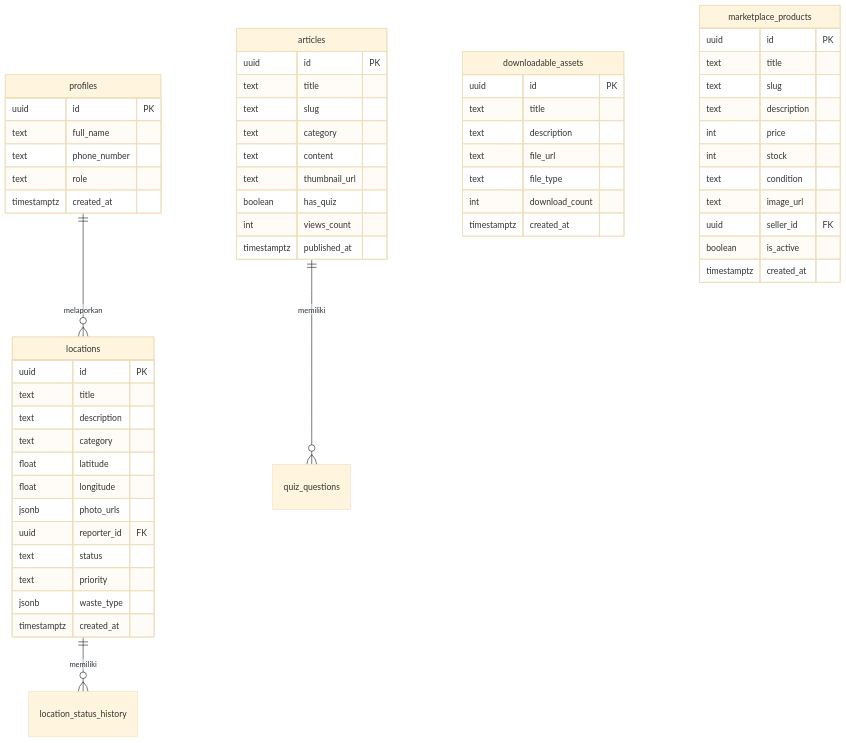
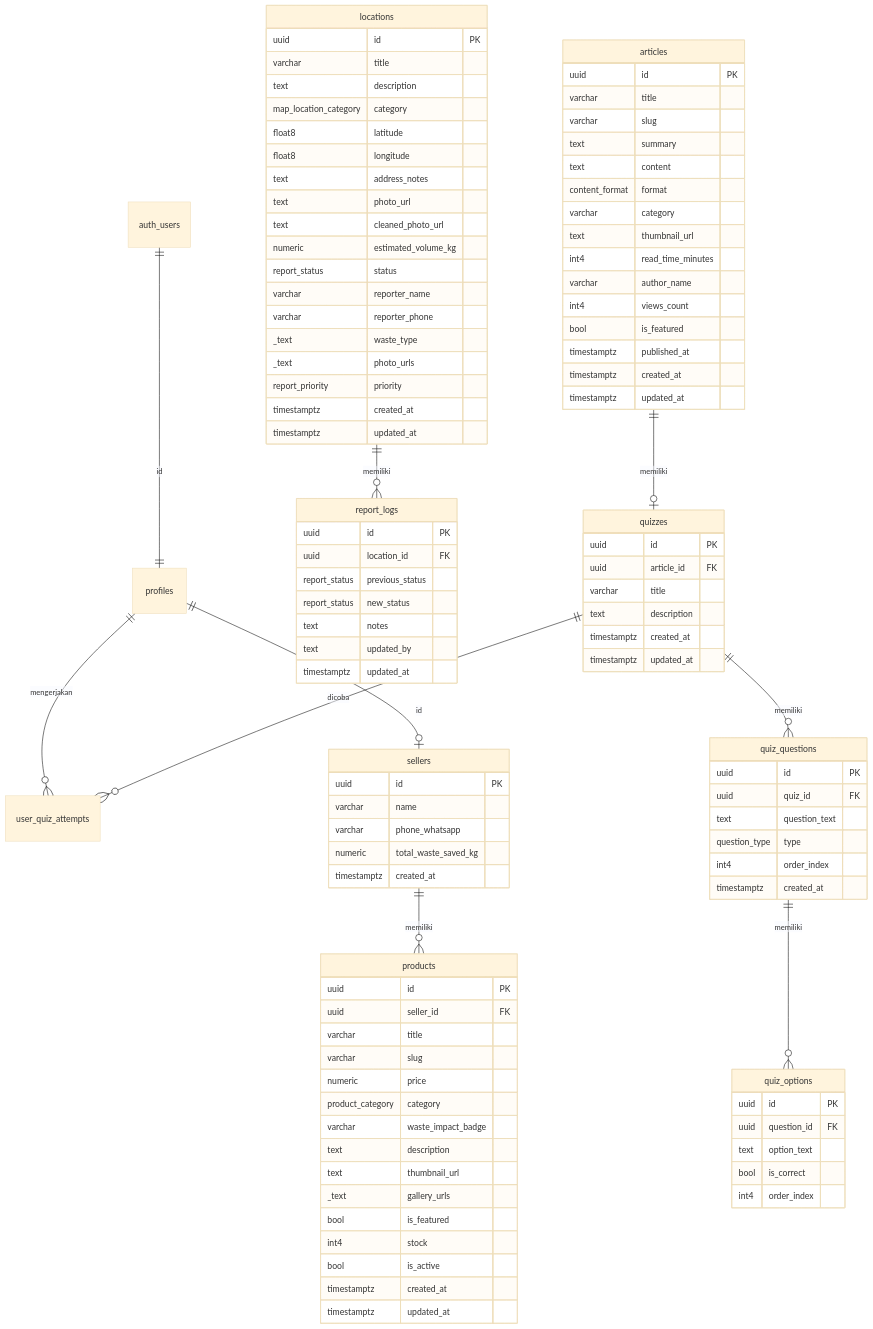
One commit to MahvOS/recoverykita changed the second of 2 diagrams in README.md. Above: the diagram before and after it, drawn with Mermaid (base theme).

Commit message:
changed readme.md (again)

````diff
--- a/README.md
+++ b/README.md
@@ -199,60 +199,114 @@
 ```mermaid
 erDiagram
-    profiles ||--o{ locations : "melaporkan"
-    locations ||--o{ location_status_history : "memiliki"
+    auth_users ||--|| profiles : "id"
+    profiles ||--o{ user_quiz_attempts : "mengerjakan"
+    sellers ||--o{ products : "memiliki"
+    profiles ||--o| sellers : "id"
+    locations ||--o{ report_logs : "memiliki"
+
+    articles ||--o| quizzes : "memiliki"
+    quizzes ||--o{ quiz_questions : "memiliki"
+    quiz_questions ||--o{ quiz_options : "memiliki"
+    quizzes ||--o{ user_quiz_attempts : "dicoba"
+
     locations {
         uuid id PK
-        text title
+        varchar title
         text description
-        text category
-        float latitude
-        float longitude
-        jsonb photo_urls
-        uuid reporter_id FK
-        text status
-        text priority
-        jsonb waste_type
+        map_location_category category
+        float8 latitude
+        float8 longitude
+        text address_notes
+        text photo_url
+        text cleaned_photo_url
+        numeric estimated_volume_kg
+        report_status status
+        varchar reporter_name
+        varchar reporter_phone
+        _text waste_type
+        _text photo_urls
+        report_priority priority
+        timestamptz created_at
+        timestamptz updated_at
+    }
+
+    report_logs {
+        uuid id PK
+        uuid location_id FK
+        report_status previous_status
+        report_status new_status
+        text notes
+        text updated_by
+        timestamptz updated_at
+    }
+
+    articles {
+        uuid id PK
+        varchar title
+        varchar slug
+        text summary
+        text content
+        content_format format
+        varchar category
+        text thumbnail_url
+        int4 read_time_minutes
+        varchar author_name
+        int4 views_count
+        bool is_featured
+        timestamptz published_at
+        timestamptz created_at
+        timestamptz updated_at
+    }
+
+    quizzes {
+        uuid id PK
+        uuid article_id FK
+        varchar title
+        text description
+        timestamptz created_at
+        timestamptz updated_at
+    }
+
+    quiz_questions {
+        uuid id PK
+        uuid quiz_id FK
+        text question_text
+        question_type type
+        int4 order_index
         timestamptz created_at
     }
-    profiles {
+
+    quiz_options {
         uuid id PK
-        text full_name
-        text phone_number
-        text role
+        uuid question_id FK
+        text option_text
+        bool is_correct
+        int4 order_index
+    }
+
+    sellers {
+        uuid id PK
+        varchar name
+        varchar phone_whatsapp
+        numeric total_waste_saved_kg
         timestamptz created_at
     }
-    articles ||--o{ quiz_questions : "memiliki"
-    articles {
+
+    products {
         uuid id PK
-        text title
-        text slug
-        text category
-        text content
+        uuid seller_id FK
+        varchar title
+        varchar slug
+        numeric price
+        product_category category
+        varchar waste_impact_badge
+        text description
         text thumbnail_url
-        boolean has_quiz
-        int views_count
-        timestamptz published_at
-    }
-    downloadable_assets {
-        uuid id PK
-        text title
-        text description
-        text file_url
-        text file_type
-        int download_count
+        _text gallery_urls
+        bool is_featured
+        int4 stock
+        bool is_active
         timestamptz created_at
-    }
-    marketplace_products {
-        uuid id PK
-        text title
-        text slug
-        text description
-        int price
-        int stock
-        text condition
-        text image_url
-        uuid seller_id FK
-        boolean is_active
-        timestamptz created_at
+        timestamptz updated_at
     }
 ```
````
